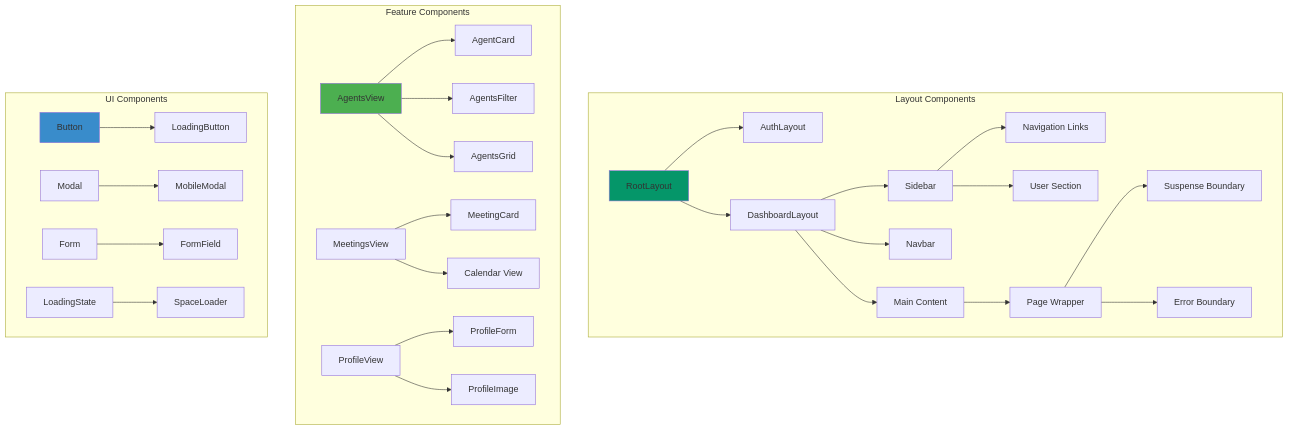
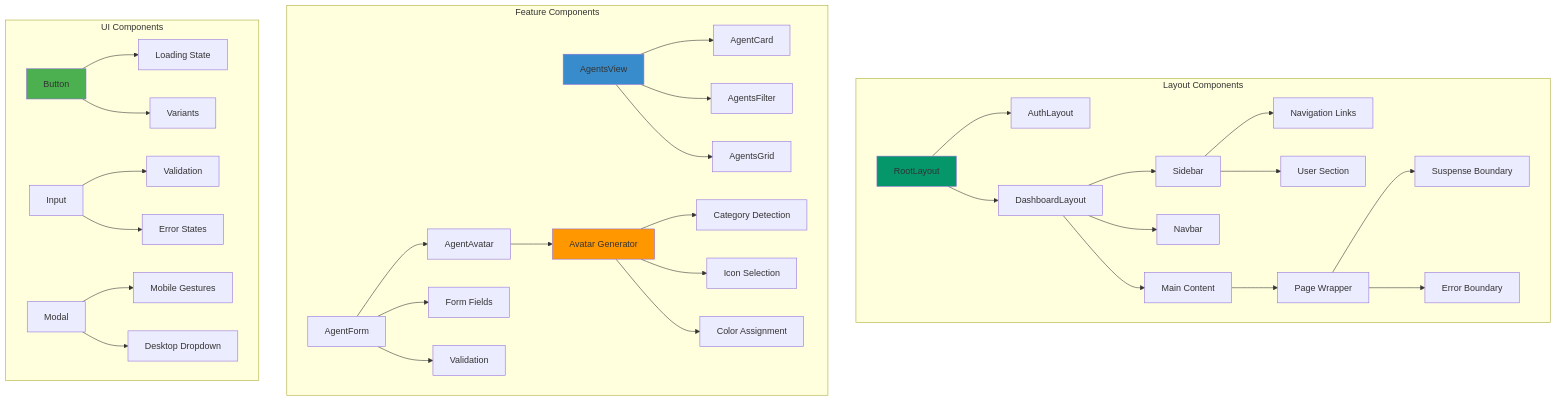
Before and after one commit to felipesanchez-dev/agentesia: diagram 13 of 13 in README.md, drawn with Mermaid. The commit also changed other lines of this file, not shown here.

````diff
--- a/README.md
+++ b/README.md
@@ -978,41 +1031,49 @@
 ```mermaid
 graph TB
     subgraph "Layout Components"
         A[RootLayout] --> B[AuthLayout]
         A --> C[DashboardLayout]
         
         C --> D[Sidebar]
         C --> E[Navbar]
         C --> F[Main Content]
         
         D --> G[Navigation Links]
         D --> H[User Section]
         
         F --> I[Page Wrapper]
         I --> J[Suspense Boundary]
         I --> K[Error Boundary]
     end
     
     subgraph "Feature Components"
         L[AgentsView] --> M[AgentCard]
         L --> N[AgentsFilter]
         L --> O[AgentsGrid]
         
-        P[MeetingsView] --> Q[MeetingCard]
-        P --> R[Calendar View]
+        P[AgentForm] --> Q[AgentAvatar]
+        P --> R[Form Fields]
+        P --> S[Validation]
         
-        S[ProfileView] --> T[ProfileForm]
-        S --> U[ProfileImage]
+        Q --> T[Avatar Generator]
+        T --> U[Category Detection]
+        T --> V[Icon Selection]
+        T --> W[Color Assignment]
     end
     
     subgraph "UI Components"
-        V[Button] --> W[LoadingButton]
-        X[Modal] --> Y[MobileModal]
-        Z[Form] --> AA[FormField]
-        BB[LoadingState] --> CC[SpaceLoader]
+        X[Button] --> Y[Loading State]
+        X --> Z[Variants]
+        
+        AA[Input] --> BB[Validation]
+        AA --> CC[Error States]
+        
+        DD[Modal] --> EE[Mobile Gestures]
+        DD --> FF[Desktop Dropdown]
     end
     
     style A fill:#059669
-    style L fill:#4caf50
-    style V fill:#398CCB
+    style L fill:#398CCB
+    style X fill:#4caf50
+    style T fill:#ff9800
 ```
````
